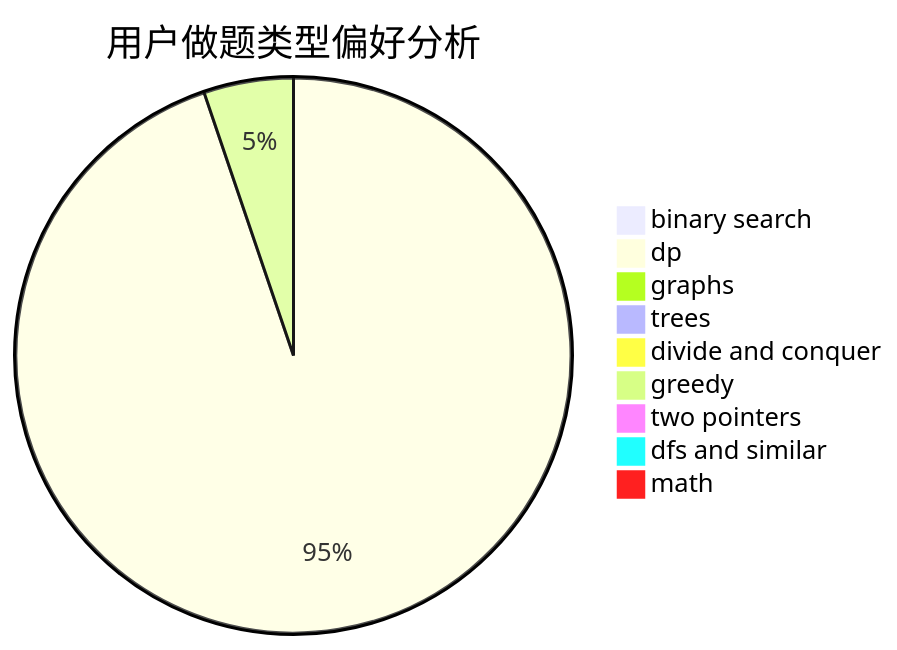
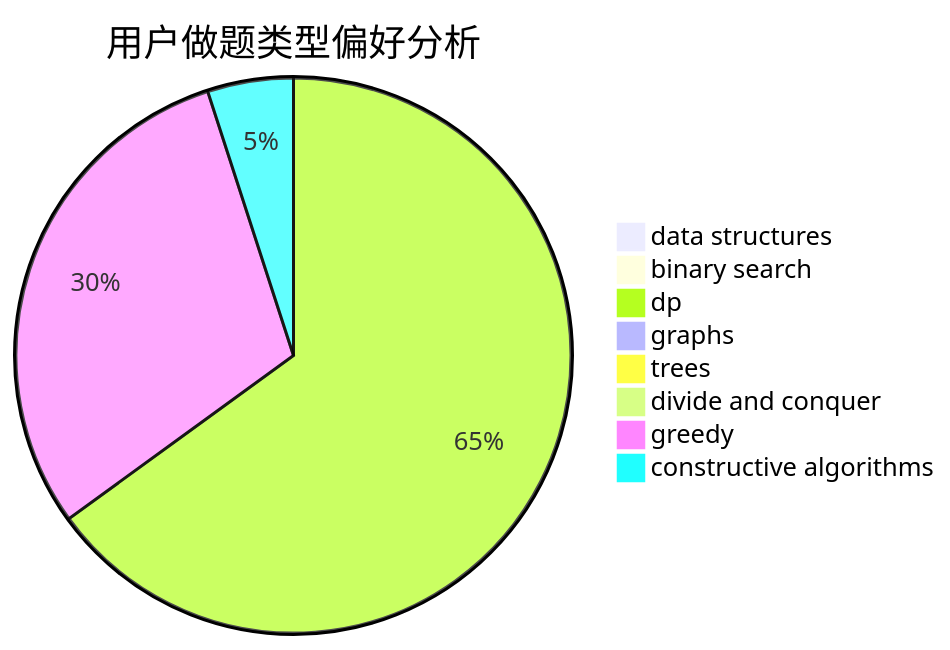
The second of 3 diagrams in docs/user/u2671.md (sherpahu/cfrs.github.io), drawn with Mermaid before and after one commit. The commit also changed other lines of this file and 2775 other files, not shown here.

````diff
--- a/docs/user/u2671.md
+++ b/docs/user/u2671.md
@@ -23,12 +23,11 @@
 ```mermaid
 pie title 用户做题类型偏好分析
+    "data structures" :  0
     "binary search" :  0
-    "dp" :  109
+    "dp" :  13
     "graphs" :  0
     "trees" :  0
     "divide and conquer" :  0
     "greedy" :  6
-    "two pointers" :  0
-    "dfs and similar" :  0
-    "math" :  0
+    "constructive algorithms" :  1
 ```
````
